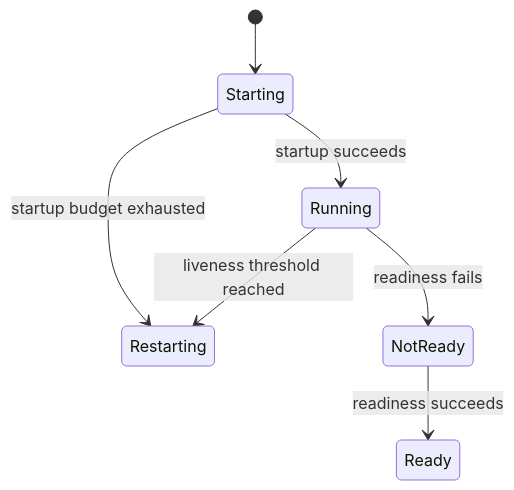
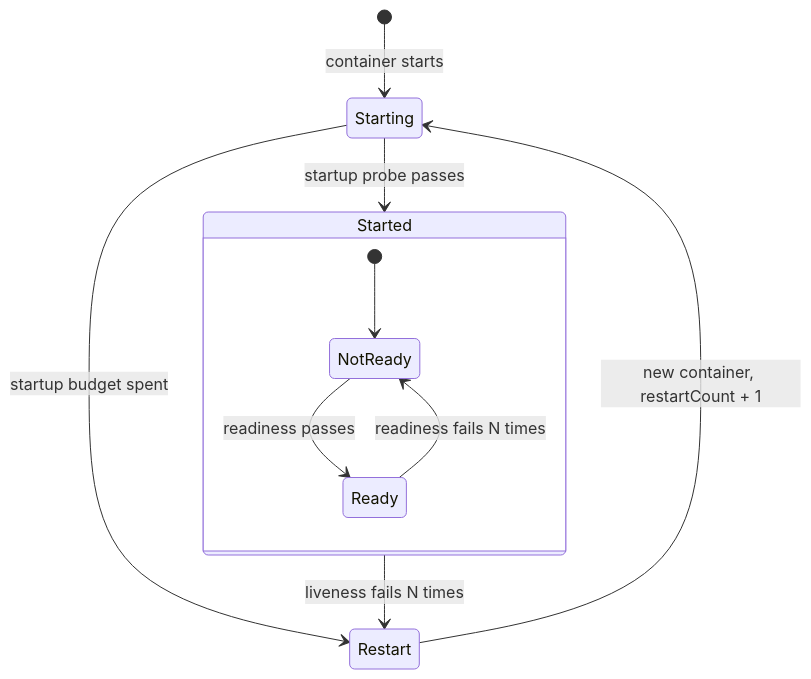
Before and after one commit to darshan-raul/apollo11-docs: the diagram in docs/learn/reliability/probes.md, drawn with Mermaid. The commit also changed other lines of this file and 7 other files, not shown here.

````diff
--- a/docs/learn/reliability/probes.md
+++ b/docs/learn/reliability/probes.md
@@ -38,9 +43,13 @@
 ```mermaid
 stateDiagram-v2
-  [*] --> Starting
-  Starting --> Running: startup succeeds
-  Starting --> Restarting: startup budget exhausted
-  Running --> NotReady: readiness fails
-  NotReady --> Ready: readiness succeeds
-  Running --> Restarting: liveness threshold reached
+  [*] --> Starting: container starts
+  Starting --> Started: startup probe passes
+  Starting --> Restart: startup budget spent
+  state Started {
+    [*] --> NotReady
+    NotReady --> Ready: readiness passes
+    Ready --> NotReady: readiness fails N times
+  }
+  Started --> Restart: liveness fails N times
+  Restart --> Starting: new container, restartCount + 1
 ```
````
